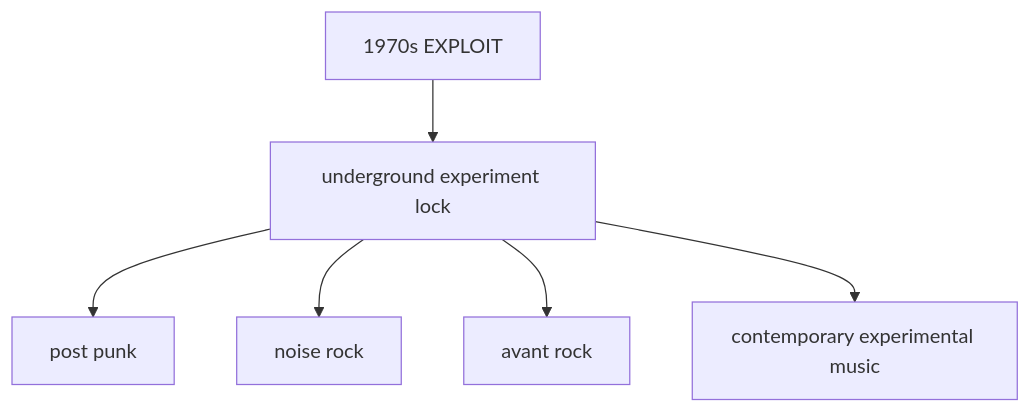
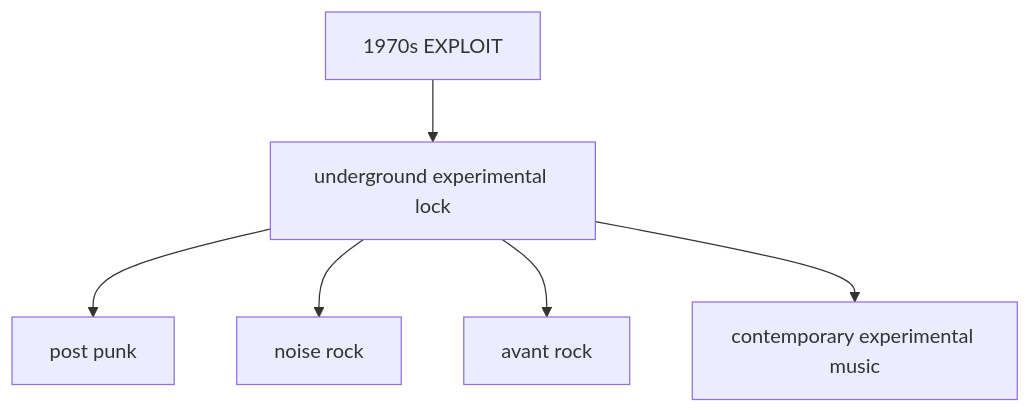
The sixth of 6 diagrams in en/_posts/2026-05-16-column-exploit.md (monumental-movement/monumental-movement.github.io), drawn with Mermaid before and after one commit. The commit also changed other lines of this file and 497 other files, not shown here.

```diff
--- a/en/_posts/2026-05-16-column-exploit.md
+++ b/en/_posts/2026-05-16-column-exploit.md
@@ -334,8 +334,8 @@
 <div class="mermaid">
 graph TD
-A[1970s EXPLOIT] --> B[underground experiment lock]
+A[1970s EXPLOIT] --> B[underground experimental lock]
 B --> C[post punk]
 B --> D[noise rock]
 B --> E[avant rock]
 B --> F[contemporary experimental music]
 </div>
```
